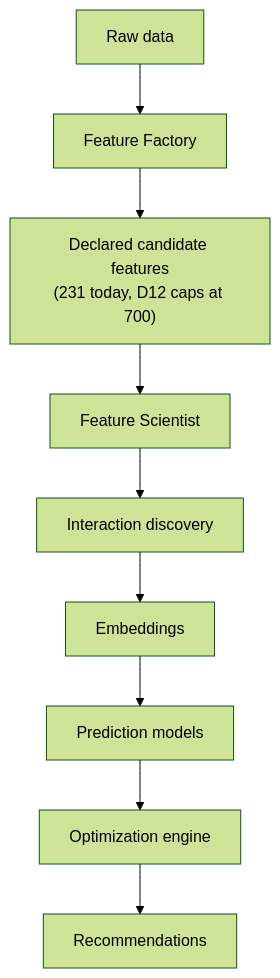
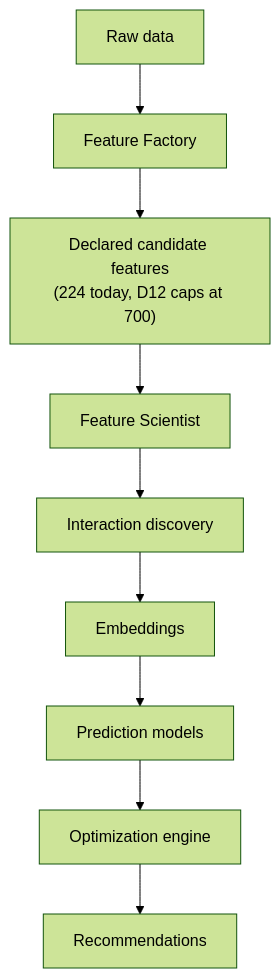
The second of 2 diagrams in README.md (smukhyala/XGalonso), drawn with Mermaid (forest theme) before and after one commit. The commit also changed other lines of this file and 7 other files, not shown here.

````diff
--- a/README.md
+++ b/README.md
@@ -166,11 +178,11 @@
 ```mermaid
 flowchart TD
     A["Raw data"] --> B["Feature Factory"]
-    B --> C["Declared candidate features<br/>(231 today, D12 caps at 700)"]
+    B --> C["Declared candidate features<br/>(224 today, D12 caps at 700)"]
     C --> D["Feature Scientist"]
     D --> E["Interaction discovery"]
     E --> F["Embeddings"]
     F --> G["Prediction models"]
     G --> H["Optimization engine"]
     H --> I["Recommendations"]
 ```
````
